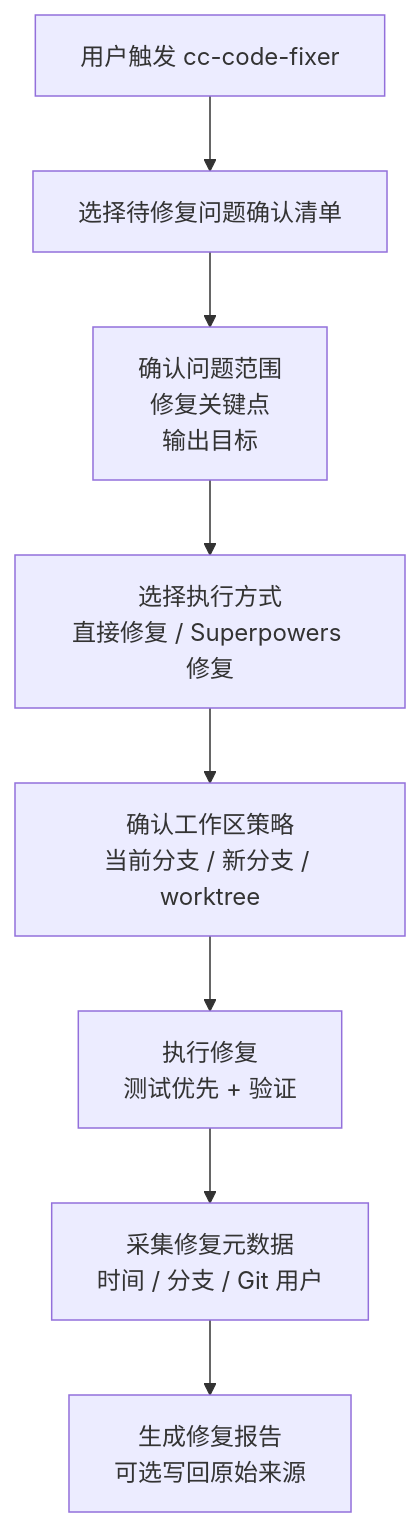
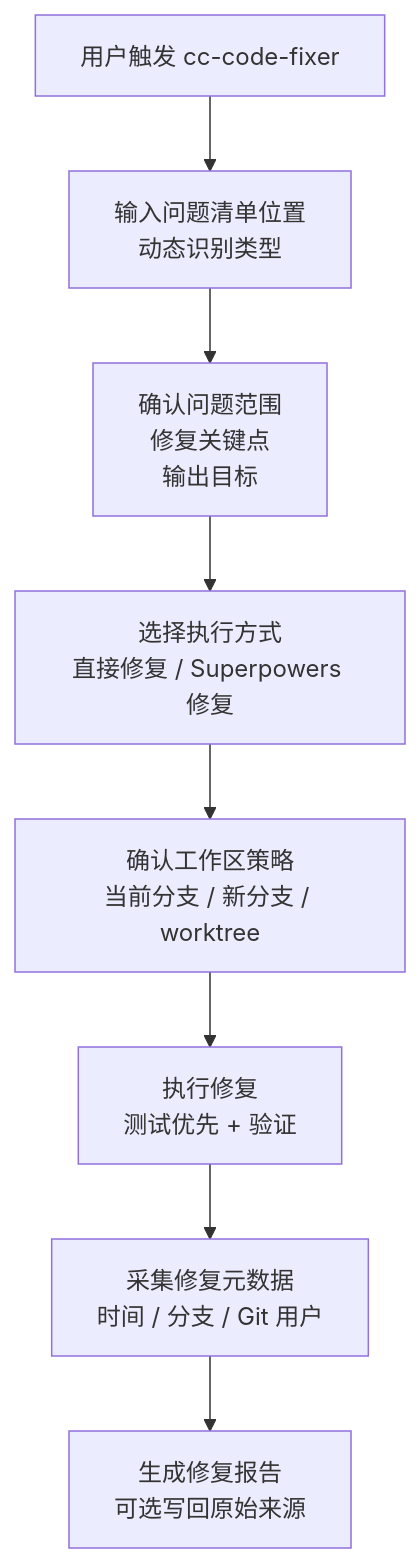
One commit to ataskite/cc-code-reviewer changed the third of 3 diagrams in README.md. Above: the diagram before and after it, drawn with Mermaid. The commit also changed other lines of this file and 7 other files, not shown here.

````diff
--- a/README.md
+++ b/README.md
@@ -82,19 +82,19 @@
 ```mermaid
 flowchart TD
     Start["用户触发 cc-code-fixer"]
-    Source["选择待修复问题确认清单"]
+    Source["输入问题清单位置<br/>动态识别类型"]
     Confirm["确认问题范围<br/>修复关键点<br/>输出目标"]
     Route["选择执行方式<br/>直接修复 / Superpowers 修复"]
     Workspace["确认工作区策略<br/>当前分支 / 新分支 / worktree"]
     Repair["执行修复<br/>测试优先 + 验证"]
     Metadata["采集修复元数据<br/>时间 / 分支 / Git 用户"]
     Output["生成修复报告<br/>可选写回原始来源"]
 
     Start --> Source
     Source --> Confirm
     Confirm --> Route
     Route --> Workspace
     Workspace --> Repair
     Repair --> Metadata
     Metadata --> Output
 ```
````
